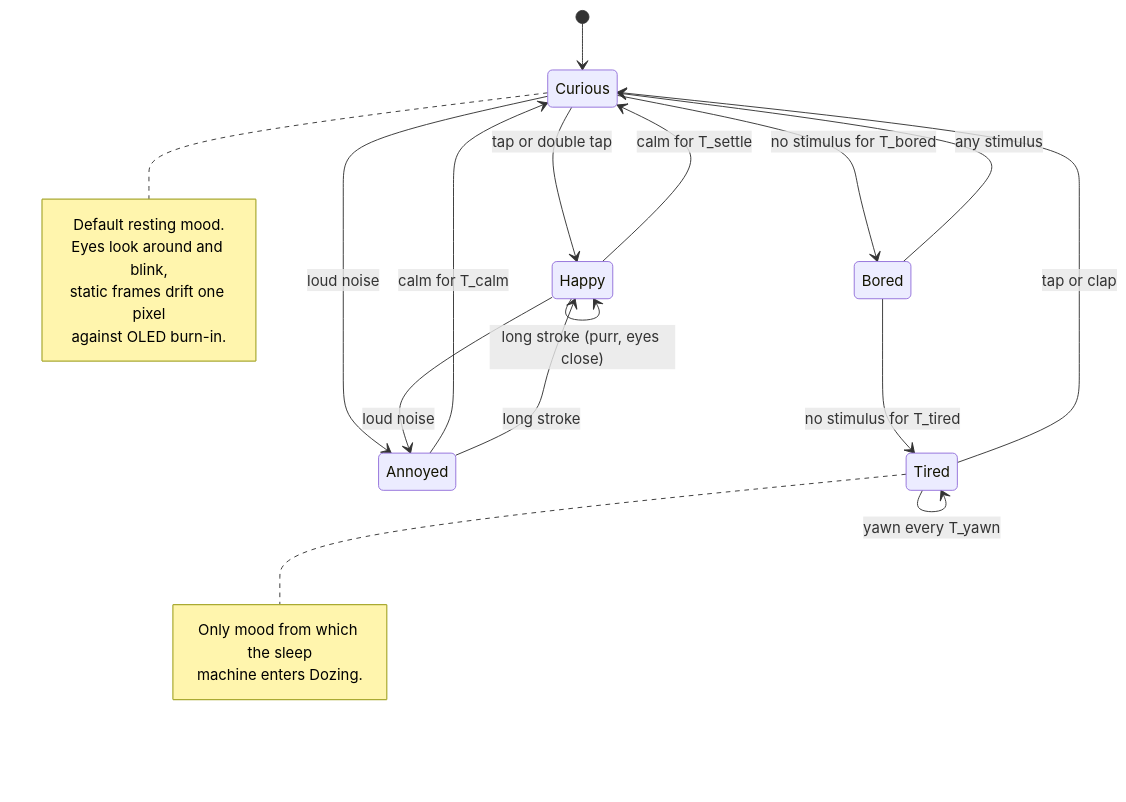
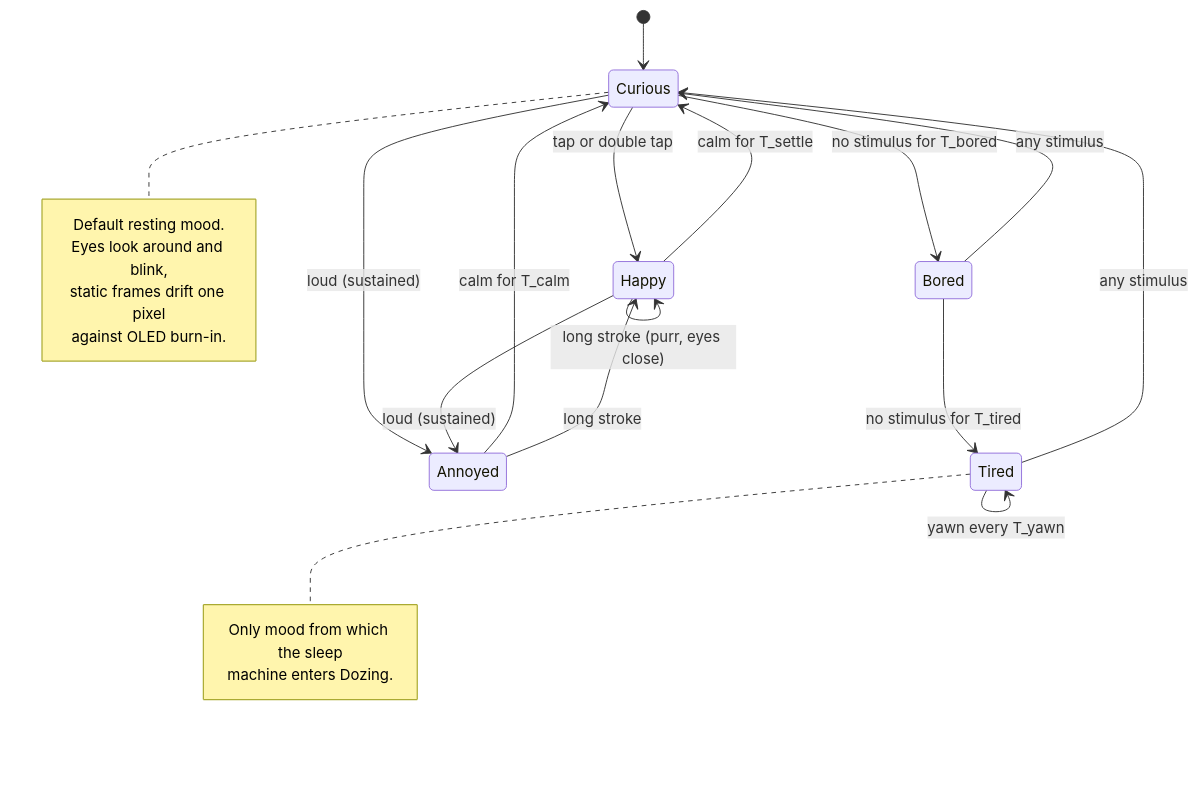
One commit to benoit-bremaud/cubbies changed the diagram in docs/architecture/diagrams/cube-core/05a-state-mood-engine.md. Above: the diagram before and after it, drawn with Mermaid. The commit also changed other lines of this file and 19 other files, not shown here.

First line of the commit message:
docs(architecture): pass the cube-core PDR (ADR-0013) (#8)

````diff
--- a/docs/architecture/diagrams/cube-core/05a-state-mood-engine.md
+++ b/docs/architecture/diagrams/cube-core/05a-state-mood-engine.md
@@ -20,33 +20,33 @@
 ```mermaid
 stateDiagram-v2
   [*] --> Curious
 
   Curious --> Happy: tap or double tap
   Curious --> Bored: no stimulus for T_bored
-  Curious --> Annoyed: loud noise
+  Curious --> Annoyed: loud (sustained)
 
   Happy --> Curious: calm for T_settle
   Happy --> Happy: long stroke (purr, eyes close)
-  Happy --> Annoyed: loud noise
+  Happy --> Annoyed: loud (sustained)
 
   Bored --> Curious: any stimulus
   Bored --> Tired: no stimulus for T_tired
 
-  Tired --> Curious: tap or clap
+  Tired --> Curious: any stimulus
   Tired --> Tired: yawn every T_yawn
 
   Annoyed --> Curious: calm for T_calm
   Annoyed --> Happy: long stroke
 
   note right of Curious
     Default resting mood.
     Eyes look around and blink,
     static frames drift one pixel
     against OLED burn-in.
   end note
 
   note right of Tired
     Only mood from which the sleep
     machine enters Dozing.
   end note
 ```
````
